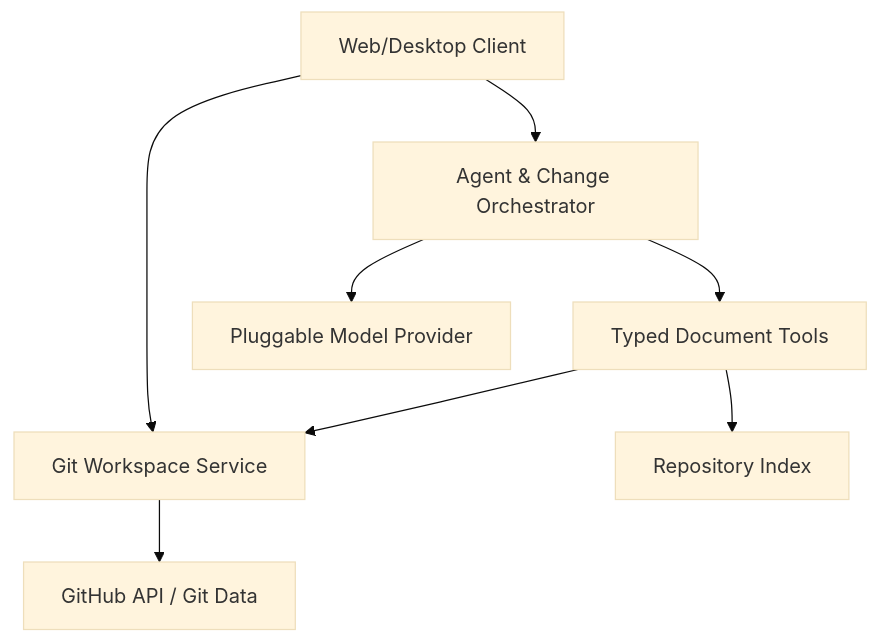
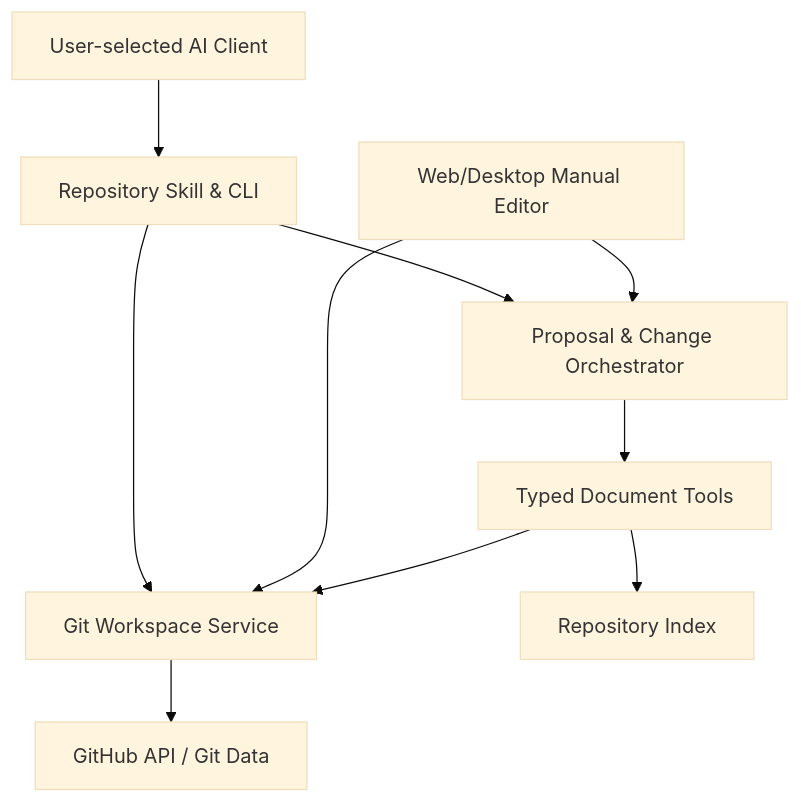
The diagram in agent_docs_spec.md (nickhil-tekwani/agentdocs), drawn with Mermaid (base theme) before and after one commit. The commit also changed other lines of this file and 39 other files, not shown here.

Commit message:
Make AgentDocs client-agnostic and add scaffolds

````diff
--- a/agent_docs_spec.md
+++ b/agent_docs_spec.md
@@ -186,10 +189,12 @@
 ```mermaid
 flowchart TD
-    UI["Web/Desktop Client"] --> ORCH["Agent & Change Orchestrator"]
+    AIC["User-selected AI Client"] --> SKILL["Repository Skill & CLI"]
+    SKILL --> GIT
+    SKILL --> ORCH["Proposal & Change Orchestrator"]
+    UI["Web/Desktop Manual Editor"] --> ORCH
     UI --> GIT["Git Workspace Service"]
     ORCH --> TOOLS["Typed Document Tools"]
     TOOLS --> IDX["Repository Index"]
     TOOLS --> GIT
     GIT --> GH["GitHub API / Git Data"]
-    ORCH --> LLM["Pluggable Model Provider"]
 ```
````
